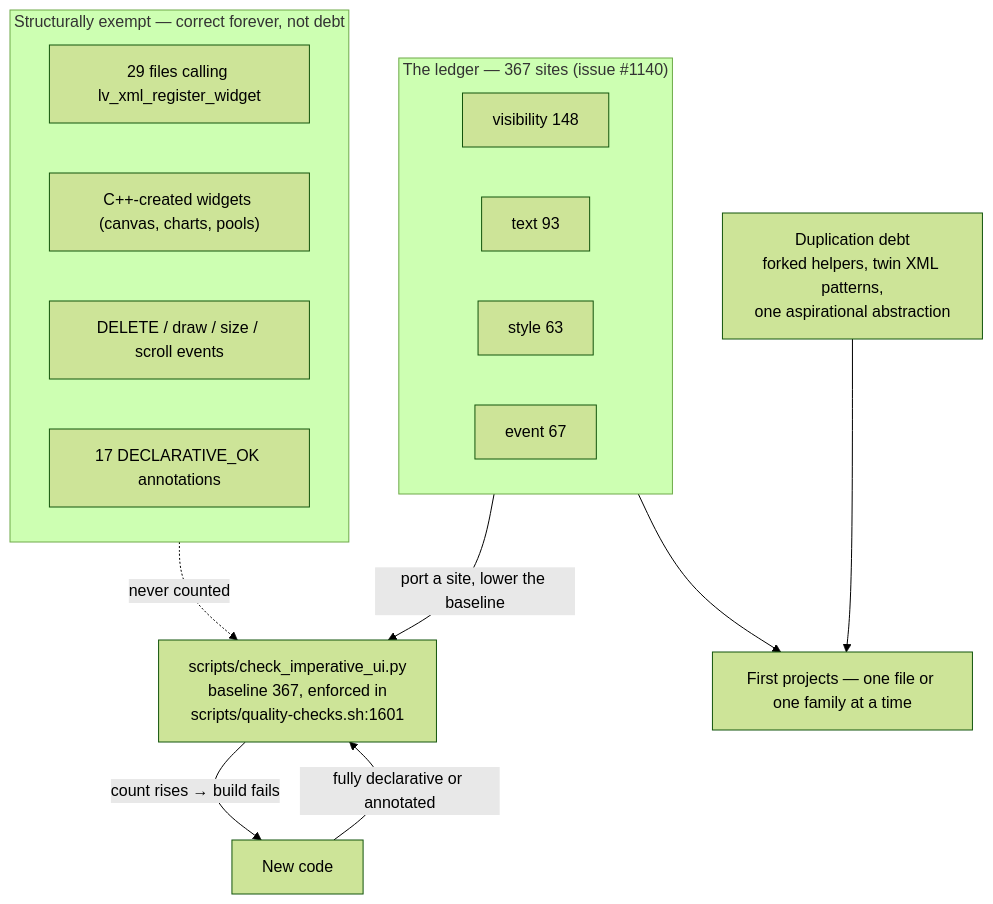
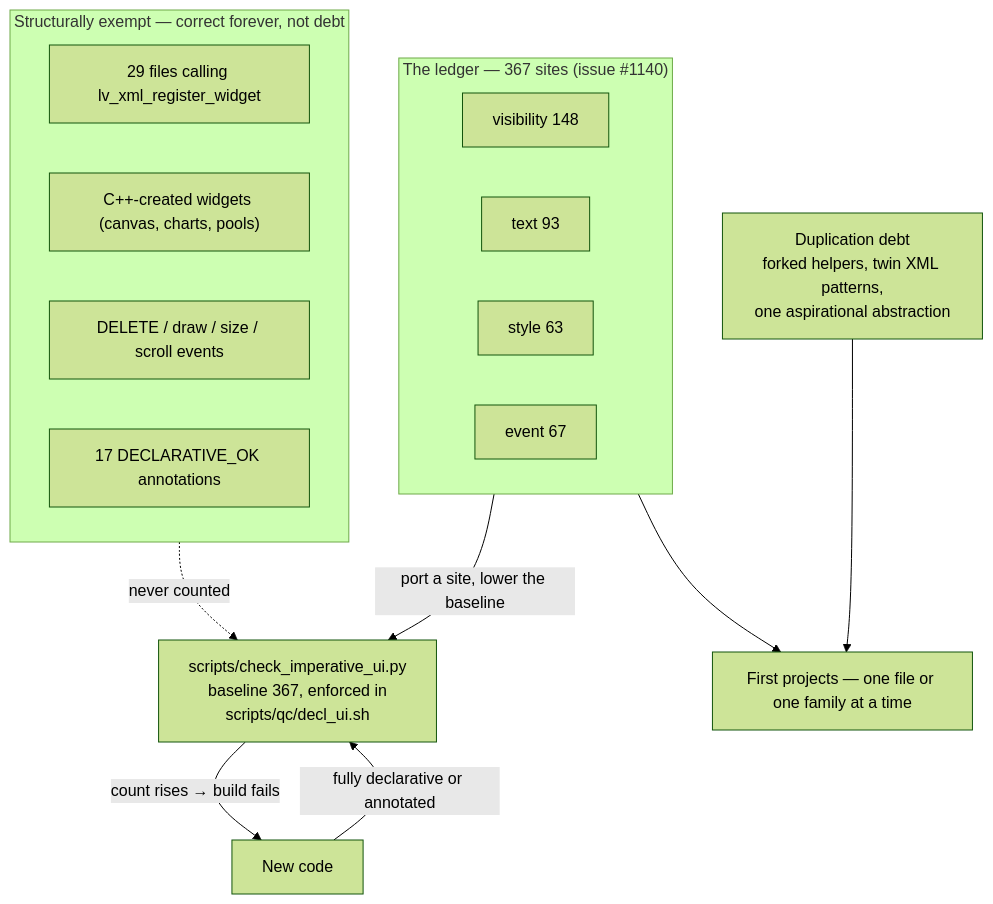
One commit to bluekiller/helixscreen changed the diagram in docs/devel/architecture/15-known-debt.md. Above: the diagram before and after it, drawn with Mermaid (forest theme). The commit also changed other lines of this file and 74 other files, not shown here.

First line of the commit message:
refactor(qc): one file per gate under scripts/qc/ (prestonbrown/helixscreen#1758)

````diff
--- a/docs/devel/architecture/15-known-debt.md
+++ b/docs/devel/architecture/15-known-debt.md
@@ -7,26 +7,26 @@
 ```mermaid
 flowchart TD
     NEW["New code"] -->|"fully declarative or annotated"| GATE
 
     subgraph LEDGER["The ledger — 367 sites (issue #1140)"]
         V["visibility 148"]
         T["text 93"]
         S["style 63"]
         E["event 67"]
     end
 
-    GATE["scripts/check_imperative_ui.py<br/>baseline 367, enforced in<br/>scripts/quality-checks.sh:1601"]
+    GATE["scripts/check_imperative_ui.py<br/>baseline 367, enforced in<br/>scripts/qc/decl_ui.sh"]
     LEDGER -->|"port a site, lower the baseline"| GATE
     GATE -->|"count rises → build fails"| NEW
 
     subgraph EXEMPT["Structurally exempt — correct forever, not debt"]
         W["29 files calling lv_xml_register_widget"]
         C["C++-created widgets (canvas, charts, pools)"]
         H["DELETE / draw / size / scroll events"]
         A["17 DECLARATIVE_OK annotations"]
     end
     EXEMPT -.->|"never counted"| GATE
 
     DUP["Duplication debt<br/>forked helpers, twin XML patterns,<br/>one aspirational abstraction"] --> PROJECTS
     LEDGER --> PROJECTS["First projects — one file or one family at a time"]
 ```
````
